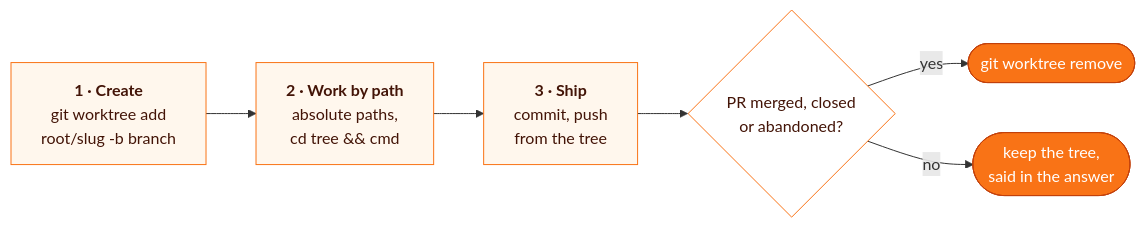
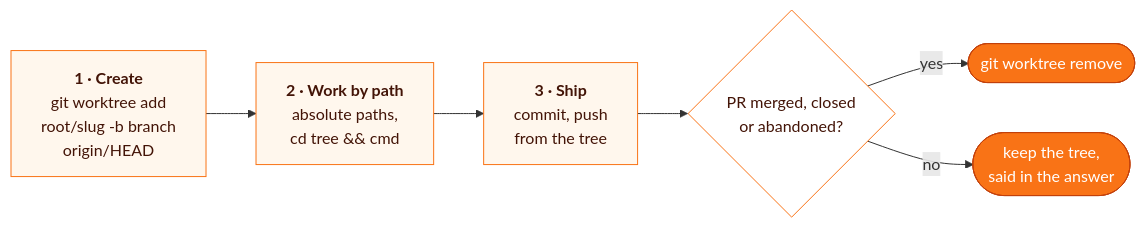
Before and after one commit to MarcinSufa/skills: the diagram in skills/worktree/README.md, drawn with Mermaid. The commit also changed 4 other files, not shown here.

Commit message:
docs: name npm and PyPI for the diff review, origin/HEAD in the worktree flow

````diff
--- a/skills/worktree/README.md
+++ b/skills/worktree/README.md
@@ -31,15 +31,15 @@
 ```mermaid
 flowchart LR
-  A["<b>1 · Create</b><br/>git worktree add<br/>root/slug -b branch"] --> B["<b>2 · Work by path</b><br/>absolute paths,<br/>cd tree && cmd"]
+  A["<b>1 · Create</b><br/>git worktree add<br/>root/slug -b branch<br/>origin/HEAD"] --> B["<b>2 · Work by path</b><br/>absolute paths,<br/>cd tree && cmd"]
   B --> C["<b>3 · Ship</b><br/>commit, push<br/>from the tree"]
   C --> D{"PR merged, closed<br/>or abandoned?"}
   D -- yes --> R(["git worktree remove"])
   D -- no --> K(["keep the tree,<br/>said in the answer"])
 
   classDef io fill:#f97316,stroke:#c2410c,color:#fff
   classDef step fill:#fff7ed,stroke:#f97316,color:#431407
   classDef ask fill:#ffffff,stroke:#f97316,color:#431407
   class R,K io
   class A,B,C step
   class D ask
 ```
````
